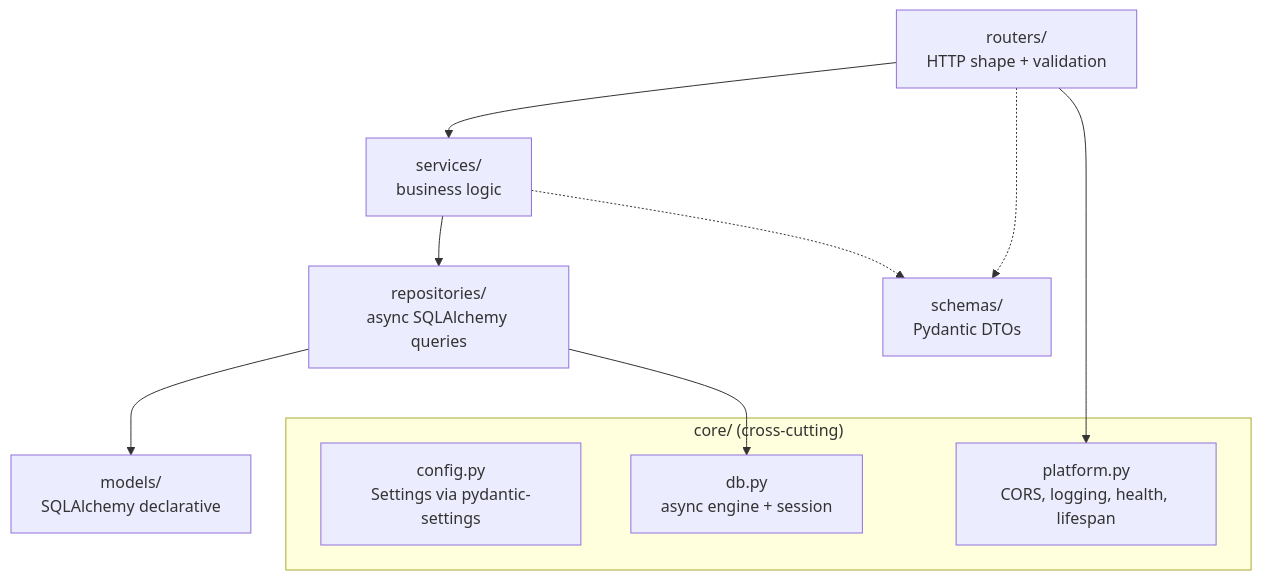
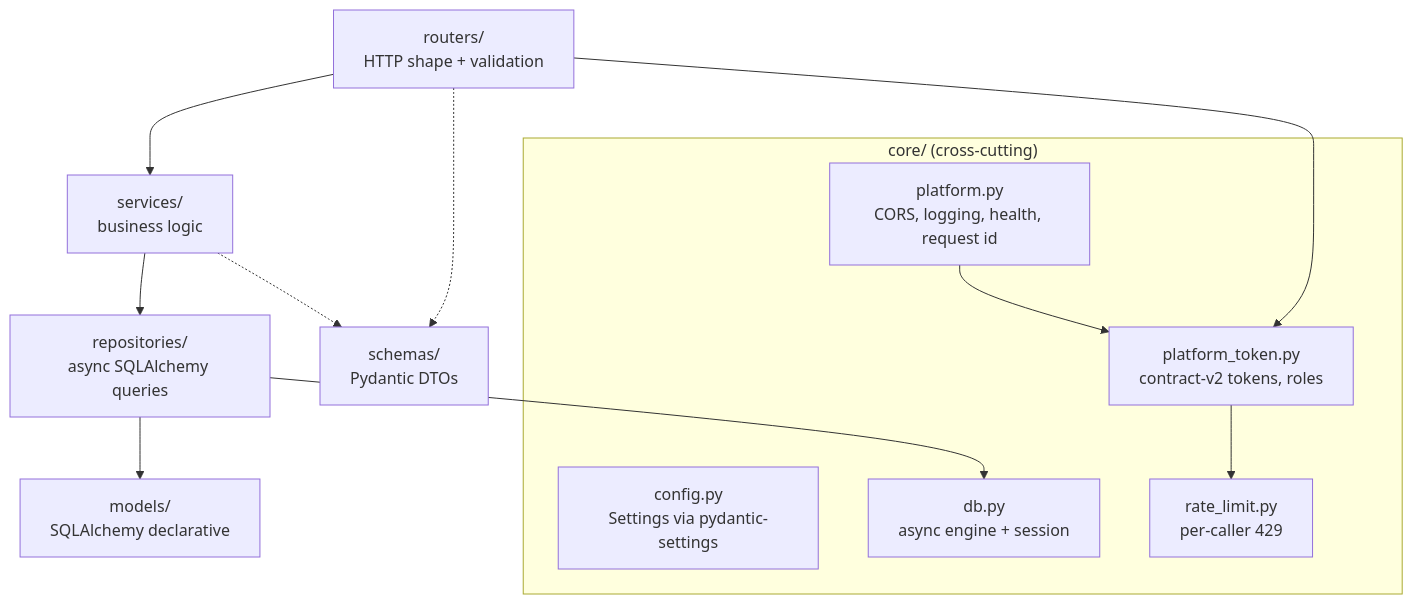
Before and after one commit to Abdul-Muizz1310/feathers: the second of 3 diagrams in docs/ARCHITECTURE.md, drawn with Mermaid. The commit also changed other lines of this file and 9 other files, not shown here.

````diff
--- a/docs/ARCHITECTURE.md
+++ b/docs/ARCHITECTURE.md
@@ -42,17 +42,21 @@
 ```mermaid
 flowchart TD
     Router["routers/<br/>HTTP shape + validation"] --> ServiceLayer["services/<br/>business logic"]
     ServiceLayer --> Repo["repositories/<br/>async SQLAlchemy queries"]
     Repo --> Model["models/<br/>SQLAlchemy declarative"]
     Router -.-> Schema["schemas/<br/>Pydantic DTOs"]
     ServiceLayer -.-> Schema
 
     subgraph Core ["core/ (cross-cutting)"]
         Config[config.py<br/>Settings via pydantic-settings]
         DB[db.py<br/>async engine + session]
-        Platform[platform.py<br/>CORS, logging, health, lifespan]
+        Platform[platform.py<br/>CORS, logging, health, request id]
+        Token[platform_token.py<br/>contract-v2 tokens, roles]
+        Limit[rate_limit.py<br/>per-caller 429]
     end
 
     Repo --> DB
-    Router --> Platform
+    Router --> Token
+    Token --> Limit
+    Platform --> Token
 ```
````
